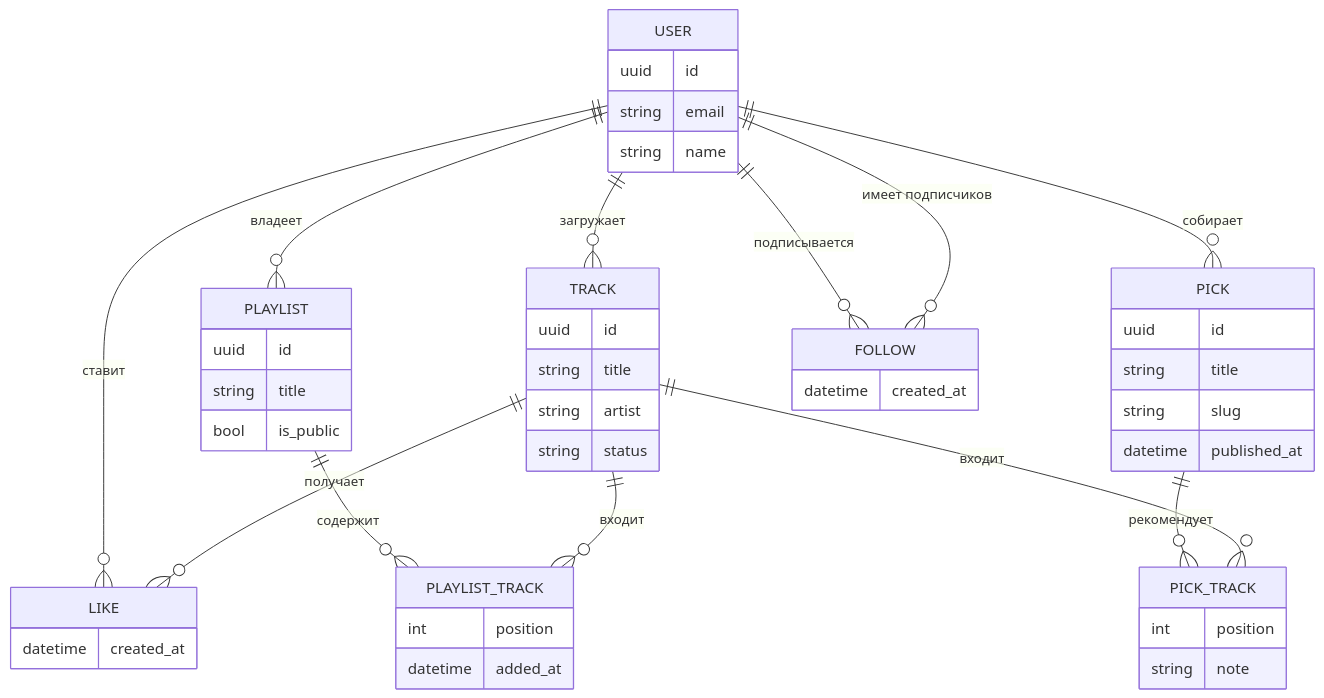
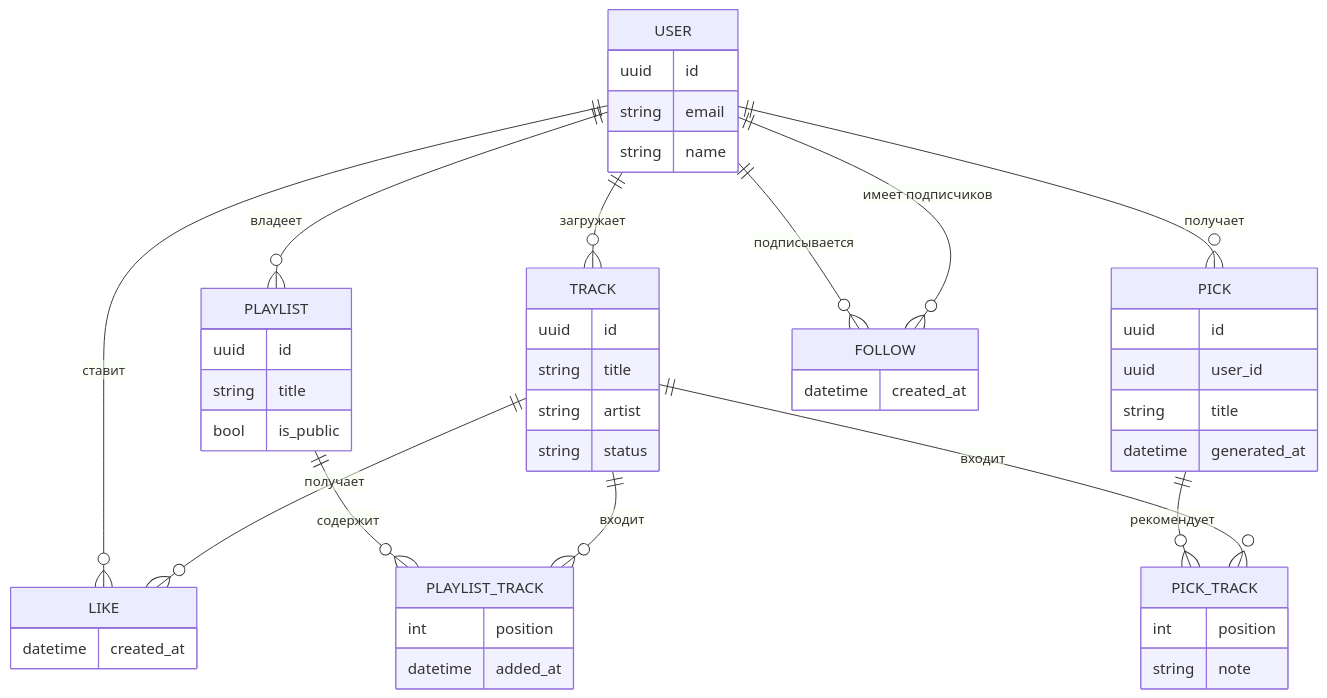
One commit to skitcc/chimera changed the first of 4 diagrams in docs/architecture.md. Above: the diagram before and after it, drawn with Mermaid. The commit also changed other lines of this file and 10 other files, not shown here.

Commit message:
docs(architecture): add diagrams and link them from the writeup

````diff
--- a/docs/architecture.md
+++ b/docs/architecture.md
@@ -402,58 +117,58 @@
 ```mermaid
 erDiagram
   USER ||--o{ TRACK : "загружает"
   USER ||--o{ LIKE : "ставит"
   TRACK ||--o{ LIKE : "получает"
   USER ||--o{ PLAYLIST : "владеет"
   PLAYLIST ||--o{ PLAYLIST_TRACK : "содержит"
   TRACK ||--o{ PLAYLIST_TRACK : "входит"
-  USER ||--o{ PICK : "собирает"
+  USER ||--o{ PICK : "получает"
   PICK ||--o{ PICK_TRACK : "рекомендует"
   TRACK ||--o{ PICK_TRACK : "входит"
   USER ||--o{ FOLLOW : "подписывается"
   USER ||--o{ FOLLOW : "имеет подписчиков"
 
   USER {
     uuid id
     string email
     string name
   }
 
   TRACK {
     uuid id
     string title
     string artist
     string status
   }
 
   LIKE {
     datetime created_at
   }
 
   PLAYLIST {
     uuid id
     string title
     bool is_public
   }
 
   PLAYLIST_TRACK {
     int position
     datetime added_at
   }
 
   PICK {
     uuid id
+    uuid user_id
     string title
-    string slug
-    datetime published_at
+    datetime generated_at
   }
 
   PICK_TRACK {
     int position
     string note
   }
 
   FOLLOW {
     datetime created_at
   }
 ```
````
